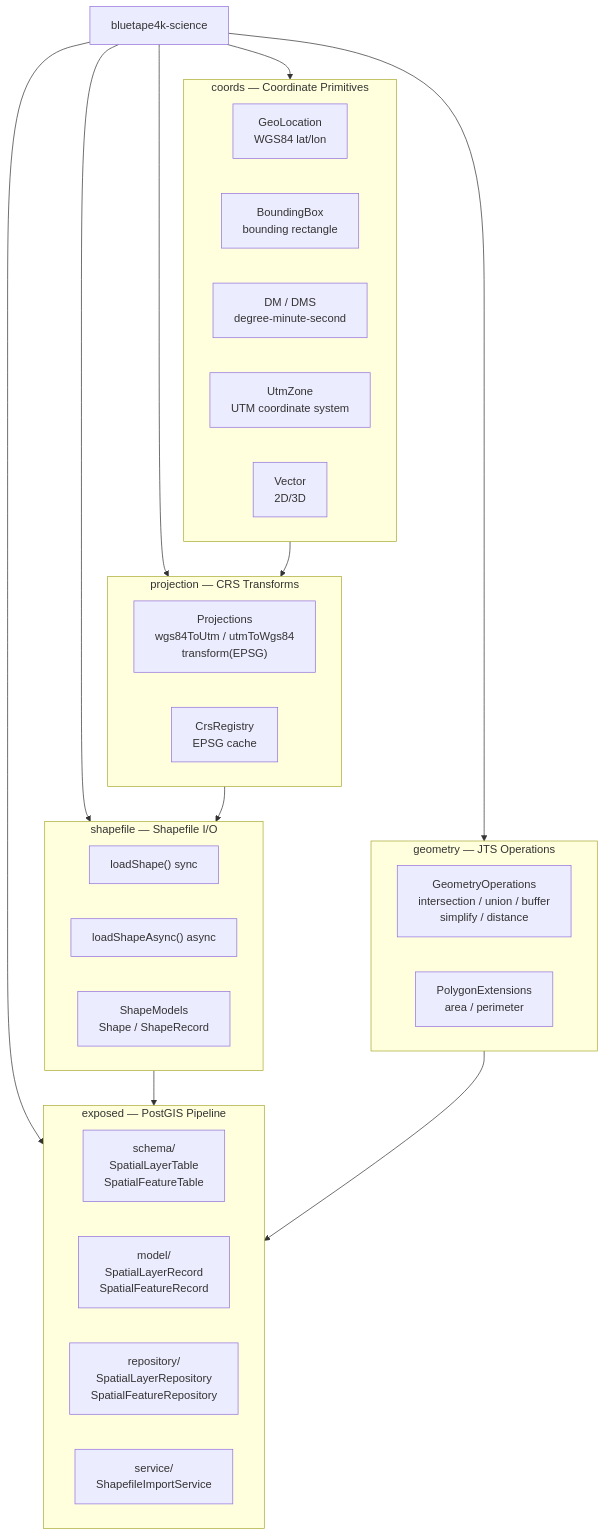
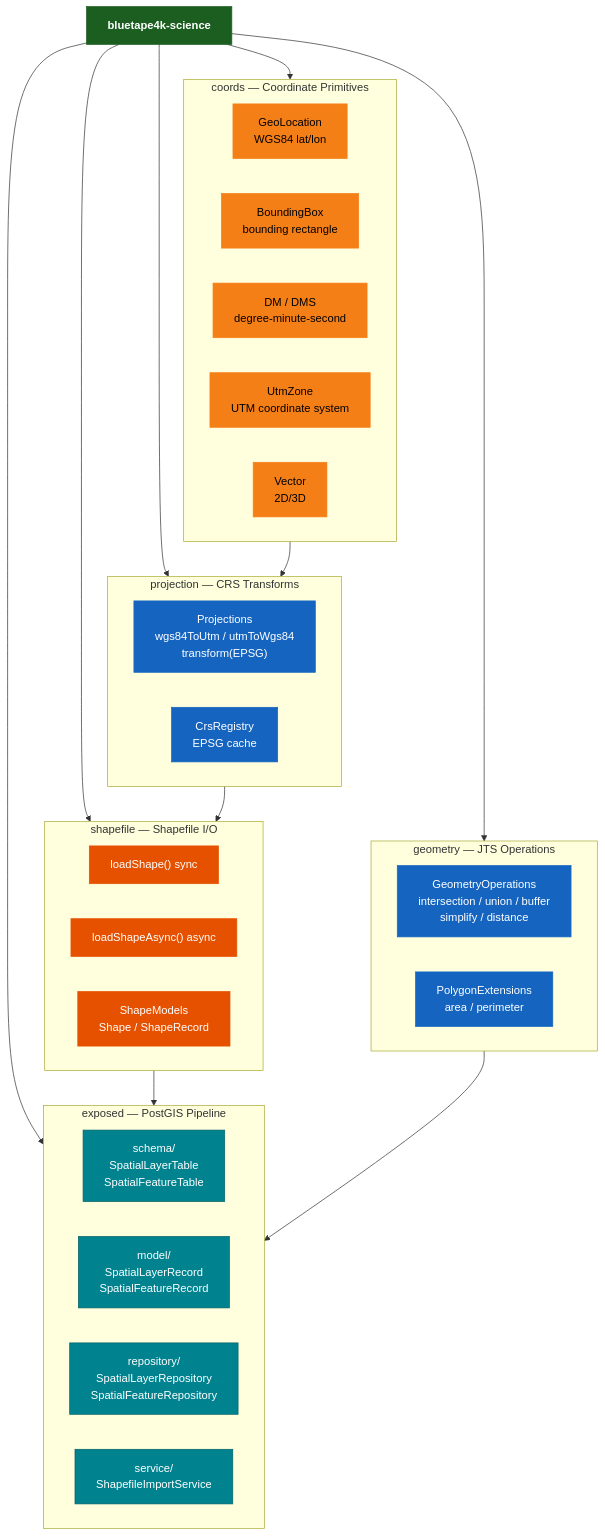
Before and after one commit to bluetape4k/bluetape4k-projects: the first of 4 diagrams in utils/science/README.md, drawn with Mermaid. The commit also changed other lines of this file and 221 other files, not shown here.

First line of the commit message:
docs: 전체 모듈 README UML 다이어그램 보강 및 색상 업그레이드

````diff
--- a/utils/science/README.md
+++ b/utils/science/README.md
@@ -13,46 +13,59 @@
 ```mermaid
 flowchart TD
     Science["bluetape4k-science"]
 
     subgraph Coords["coords — Coordinate Primitives"]
         GeoLocation["GeoLocation\nWGS84 lat/lon"]
         BoundingBox["BoundingBox\nbounding rectangle"]
         DMS["DM / DMS\ndegree-minute-second"]
         UtmZone["UtmZone\nUTM coordinate system"]
         Vector["Vector\n2D/3D"]
     end
 
     subgraph Projection["projection — CRS Transforms"]
         Projections["Projections\nwgs84ToUtm / utmToWgs84\ntransform(EPSG)"]
         CrsRegistry["CrsRegistry\nEPSG cache"]
     end
 
     subgraph Shapefile["shapefile — Shapefile I/O"]
         LoadShape["loadShape() sync"]
         LoadShapeAsync["loadShapeAsync() async"]
         ShapeModels["ShapeModels\nShape / ShapeRecord"]
     end
 
     subgraph Geometry["geometry — JTS Operations"]
         GeomOps["GeometryOperations\nintersection / union / buffer\nsimplify / distance"]
         PolyExt["PolygonExtensions\narea / perimeter"]
     end
 
     subgraph Exposed["exposed — PostGIS Pipeline"]
         Schema["schema/\nSpatialLayerTable\nSpatialFeatureTable"]
         Models["model/\nSpatialLayerRecord\nSpatialFeatureRecord"]
         Repos["repository/\nSpatialLayerRepository\nSpatialFeatureRepository"]
         Service["service/\nShapefileImportService"]
     end
 
     Science --> Coords
     Science --> Projection
     Science --> Shapefile
     Science --> Geometry
     Science --> Exposed
 
     Coords --> Projection
     Projection --> Shapefile
     Shapefile --> Exposed
     Geometry --> Exposed
+
+    classDef coreStyle fill:#1B5E20,stroke:#1B5E20,color:#FFFFFF,font-weight:bold
+    classDef serviceStyle fill:#1565C0,stroke:#1565C0,color:#FFFFFF
+    classDef utilStyle fill:#E65100,stroke:#E65100,color:#FFFFFF
+    classDef dataStyle fill:#F57F17,stroke:#F57F17,color:#000000
+    classDef dslStyle fill:#00838F,stroke:#006064,color:#FFFFFF
+
+    class Science coreStyle
+    class GeoLocation,BoundingBox,DMS,UtmZone,Vector dataStyle
+    class Projections,CrsRegistry serviceStyle
+    class LoadShape,LoadShapeAsync,ShapeModels utilStyle
+    class GeomOps,PolyExt serviceStyle
+    class Schema,Models,Repos,Service dslStyle
 ```
````
